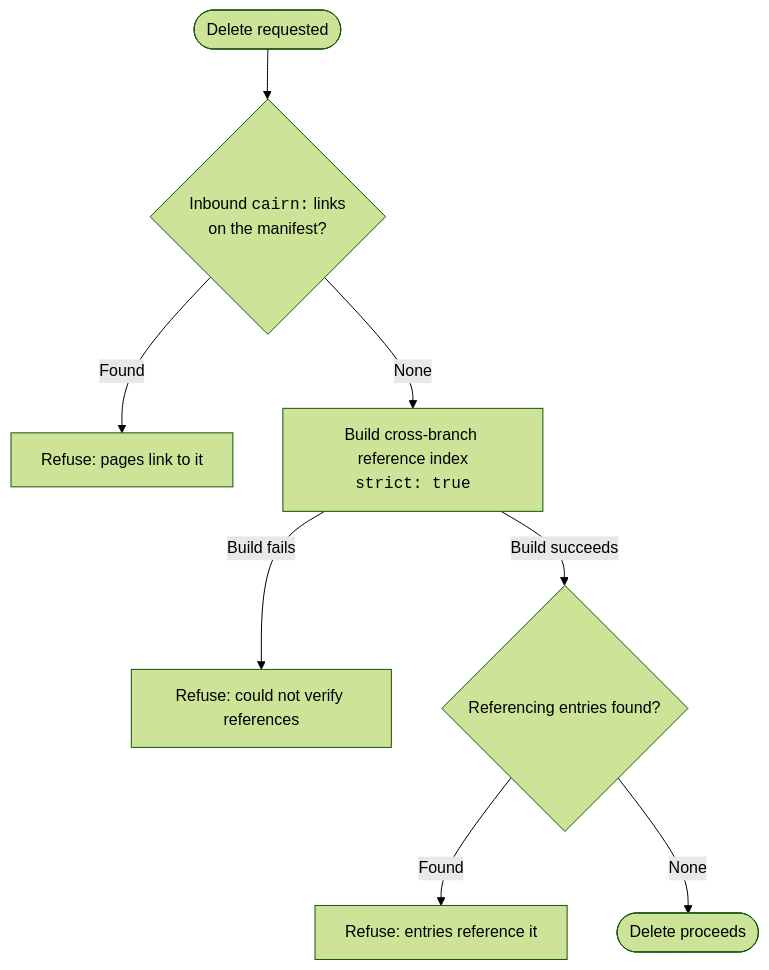
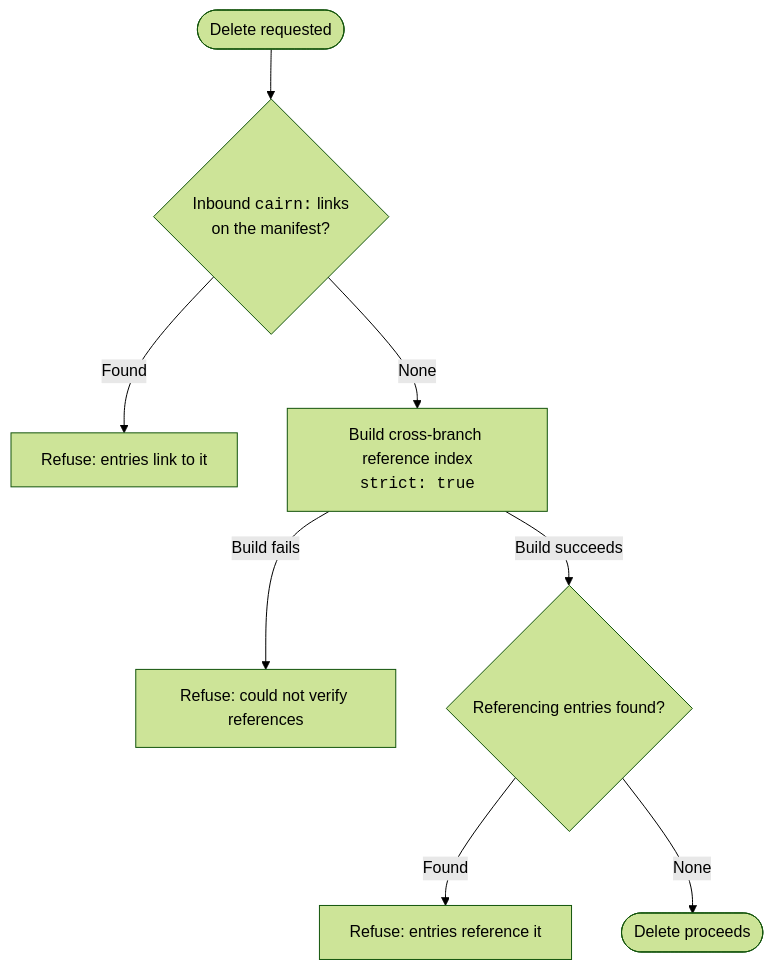
Before and after one commit to glw907/cairn-cms: the diagram in docs/extend/link-content-with-references.md, drawn with Mermaid (forest theme). The commit also changed other lines of this file and 11 other files, not shown here.

````diff
--- a/docs/extend/link-content-with-references.md
+++ b/docs/extend/link-content-with-references.md
@@ -96,13 +97,13 @@
 ```mermaid
 flowchart TD
 accTitle: Diagram of the delete guard's refuse-or-proceed decision
-accDescr: A delete checks manifest inbound links, then builds a strict cross-branch reference index; a link, a reference, or a failed index build each refuse the delete, and a clean check on both lets it proceed.
+accDescr: A delete checks manifest inbound links, then builds a strict cross-branch reference index. An inbound link, an inbound reference, or a failed index build refuses the delete; a clean check on both lets it proceed.
 
 start(["Delete requested"]) --> linkCheck{"Inbound <code>cairn:</code> links<br/>on the manifest?"}
-linkCheck -->|Found| refuseLinks["Refuse: pages link to it"]
+linkCheck -->|Found| refuseLinks["Refuse: entries link to it"]
 linkCheck -->|None| buildIndex["Build cross-branch reference index<br/><code>strict: true</code>"]
 buildIndex -->|Build fails| refuseFail["Refuse: could not verify references"]:::focus
 buildIndex -->|Build succeeds| refCheck{"Referencing entries found?"}
 refCheck -->|Found| refuseRefs["Refuse: entries reference it"]
 refCheck -->|None| proceed(["Delete proceeds"])
 ```
````
